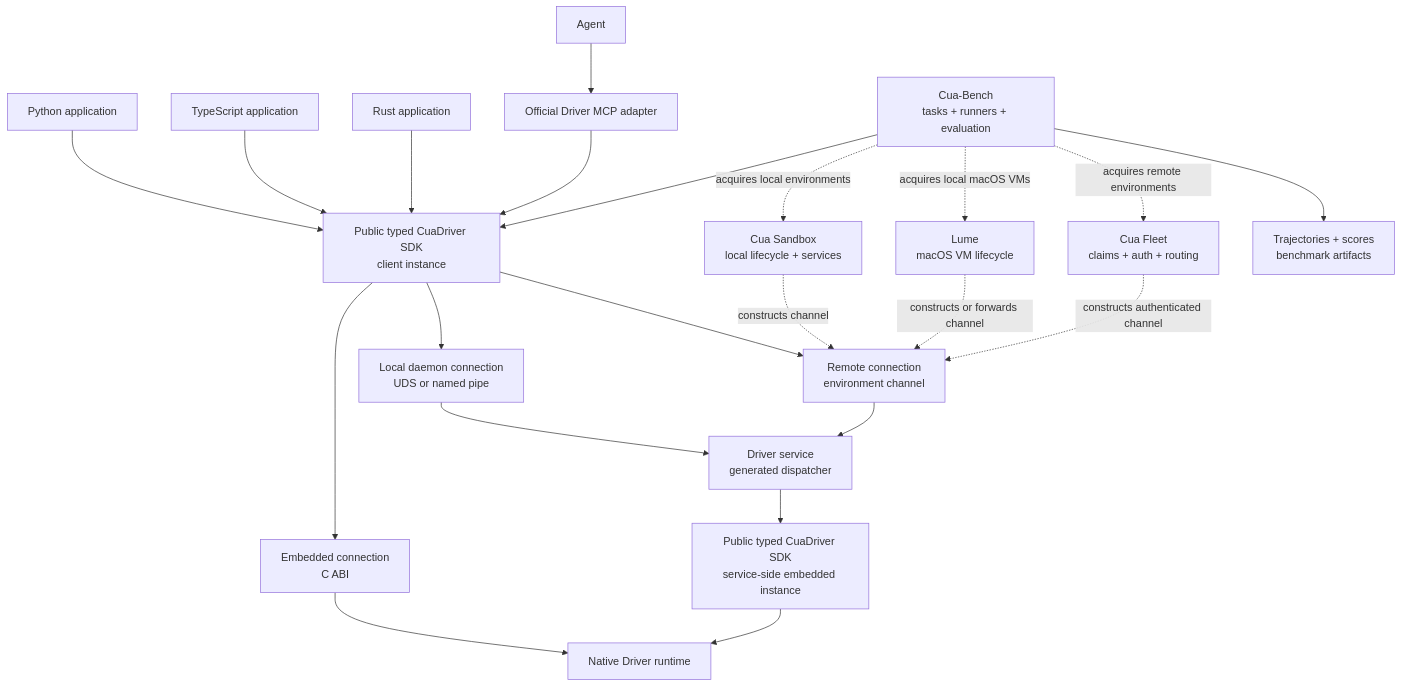
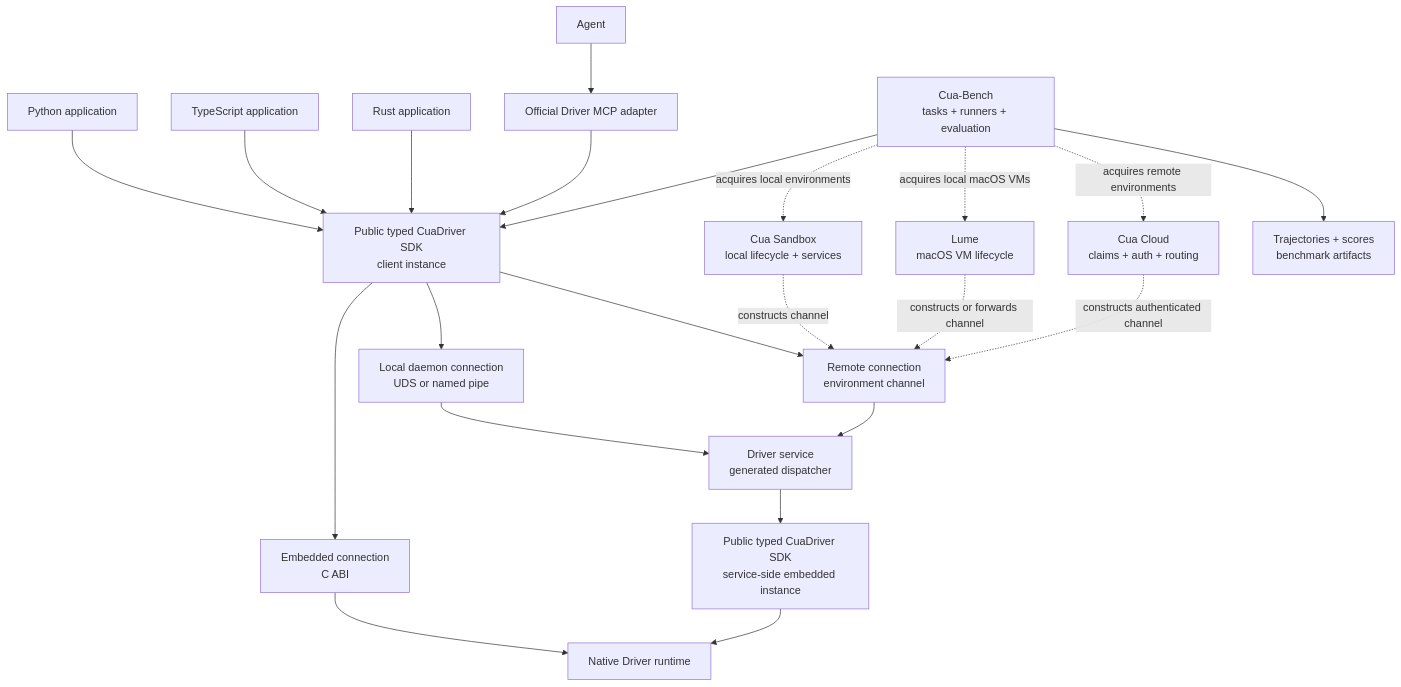
Before and after one commit to trycua/cua: the first of 2 diagrams in docs/rfcs/2512-cua-driver-environment-convergence.md, drawn with Mermaid. The commit also changed other lines of this file and 85 other files, not shown here.

First line of the commit message:
chore: remove remaining Cua Fleet mentions (CUA-3095)

````diff
--- a/docs/rfcs/2512-cua-driver-environment-convergence.md
+++ b/docs/rfcs/2512-cua-driver-environment-convergence.md
@@ -418,49 +417,49 @@
 ```mermaid
 flowchart TD
     PY["Python application"]
     TS["TypeScript application"]
     RS["Rust application"]
     AGENT["Agent"]
     BENCH["Cua-Bench<br/>tasks + runners + evaluation"]
 
     MCP["Official Driver MCP adapter"]
     SDK["Public typed CuaDriver SDK<br/>client instance"]
     SERVICE_SDK["Public typed CuaDriver SDK<br/>service-side embedded instance"]
 
     EMBED["Embedded connection<br/>C ABI"]
     DAEMON["Local daemon connection<br/>UDS or named pipe"]
     REMOTE["Remote connection<br/>environment channel"]
 
     NATIVE["Native Driver runtime"]
     SERVICE["Driver service<br/>generated dispatcher"]
 
     SANDBOX["Cua Sandbox<br/>local lifecycle + services"]
     LUME["Lume<br/>macOS VM lifecycle"]
-    FLEET["Cua Fleet<br/>claims + auth + routing"]
+    CLOUD["Cua Cloud<br/>claims + auth + routing"]
     RESULTS["Trajectories + scores<br/>benchmark artifacts"]
 
     PY --> SDK
     TS --> SDK
     RS --> SDK
     AGENT --> MCP
     MCP --> SDK
     BENCH --> SDK
 
     SDK --> EMBED
     SDK --> DAEMON
     SDK --> REMOTE
 
     EMBED --> NATIVE
     DAEMON --> SERVICE
     REMOTE --> SERVICE
     SERVICE --> SERVICE_SDK
     SERVICE_SDK --> NATIVE
 
     SANDBOX -. "constructs channel" .-> REMOTE
     LUME -. "constructs or forwards channel" .-> REMOTE
-    FLEET -. "constructs authenticated channel" .-> REMOTE
+    CLOUD -. "constructs authenticated channel" .-> REMOTE
     BENCH -. "acquires local environments" .-> SANDBOX
     BENCH -. "acquires local macOS VMs" .-> LUME
-    BENCH -. "acquires remote environments" .-> FLEET
+    BENCH -. "acquires remote environments" .-> CLOUD
     BENCH --> RESULTS
 ```
````
